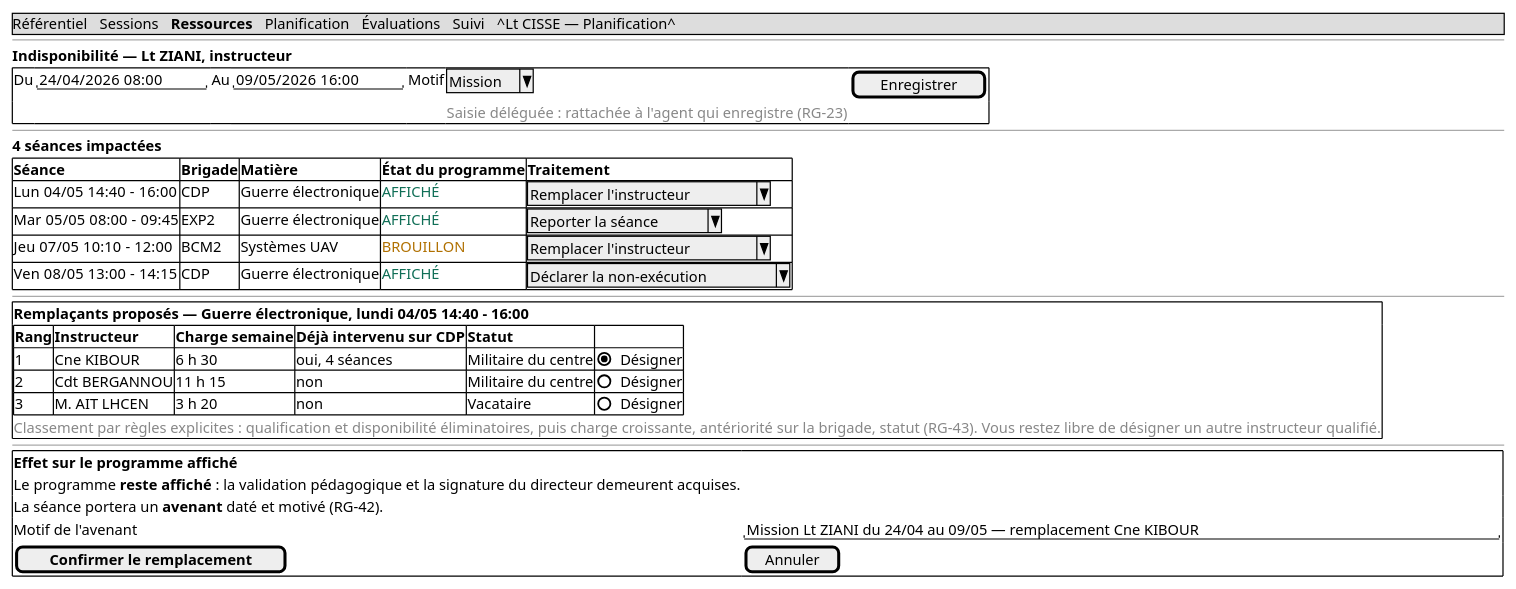
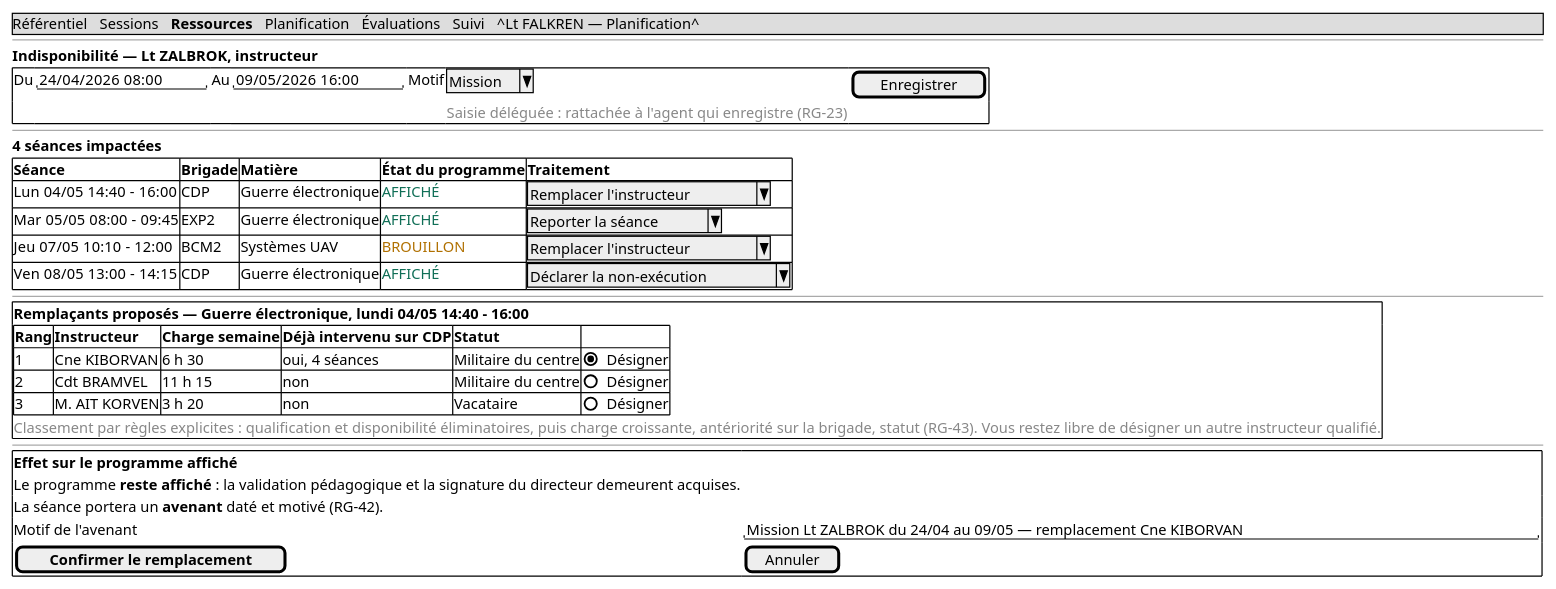
The fourth of 5 diagrams in docs/conception/16-maquettes.md (Cissemamoudou10/projet-cit), drawn with PlantUML before and after one commit. The commit also changed other lines of this file and 13 other files, not shown here.

````diff
--- a/docs/conception/16-maquettes.md
+++ b/docs/conception/16-maquettes.md
@@ -232,41 +232,41 @@
 ```plantuml
 @startsalt MAQ-04
 {
-{* Référentiel | Sessions | <b>Ressources</b> | Planification | Évaluations | Suivi | ^Lt CISSE — Planification^ }
+{* Référentiel | Sessions | <b>Ressources</b> | Planification | Évaluations | Suivi | ^Lt FALKREN — Planification^ }
 --
-<b>Indisponibilité — Lt ZIANI, instructeur</b>
+<b>Indisponibilité — Lt ZALBROK, instructeur</b>
 {+
   Du | "24/04/2026  08:00" | Au | "09/05/2026  16:00" | Motif | ^Mission^ | [ Enregistrer ]
   . | . | . | . | . | <color:#888>Saisie déléguée : rattachée à l'agent qui enregistre (RG-23)</color> | .
 }
 --
 <b>4 séances impactées</b>
 {#
  <b>Séance</b> | <b>Brigade</b> | <b>Matière</b> | <b>État du programme</b> | <b>Traitement</b>
  Lun 04/05  14:40 - 16:00 | CDP  | Guerre électronique | <color:#0F6E56>AFFICHÉ</color> | ^Remplacer l'instructeur^
  Mar 05/05  08:00 - 09:45 | EXP2 | Guerre électronique | <color:#0F6E56>AFFICHÉ</color> | ^Reporter la séance^
  Jeu 07/05  10:10 - 12:00 | BCM2 | Systèmes UAV | <color:#B07000>BROUILLON</color> | ^Remplacer l'instructeur^
  Ven 08/05  13:00 - 14:15 | CDP  | Guerre électronique | <color:#0F6E56>AFFICHÉ</color> | ^Déclarer la non-exécution^
 }
 --
 {+
   <b>Remplaçants proposés — Guerre électronique, lundi 04/05 14:40 - 16:00</b>
   {#
    <b>Rang</b> | <b>Instructeur</b> | <b>Charge semaine</b> | <b>Déjà intervenu sur CDP</b> | <b>Statut</b> | .
-   1 | Cne KIBOUR    | 6 h 30  | oui, 4 séances | Militaire du centre | (X) Désigner
-   2 | Cdt BERGANNOU | 11 h 15 | non            | Militaire du centre | ( ) Désigner
-   3 | M. AIT LHCEN  | 3 h 20  | non            | Vacataire           | ( ) Désigner
+   1 | Cne KIBORVAN    | 6 h 30  | oui, 4 séances | Militaire du centre | (X) Désigner
+   2 | Cdt BRAMVEL | 11 h 15 | non            | Militaire du centre | ( ) Désigner
+   3 | M. AIT KORVEN  | 3 h 20  | non            | Vacataire           | ( ) Désigner
   }
   <color:#888>Classement par règles explicites : qualification et disponibilité éliminatoires, puis charge croissante, antériorité sur la brigade, statut (RG-43). Vous restez libre de désigner un autre instructeur qualifié.</color>
 }
 --
 {+
   <b>Effet sur le programme affiché</b>
   Le programme <b>reste affiché</b> : la validation pédagogique et la signature du directeur demeurent acquises.
   La séance portera un <b>avenant</b> daté et motivé (RG-42).
-  Motif de l'avenant | "Mission Lt ZIANI du 24/04 au 09/05 — remplacement Cne KIBOUR                 "
+  Motif de l'avenant | "Mission Lt ZALBROK du 24/04 au 09/05 — remplacement Cne KIBORVAN                 "
   [ <b>Confirmer le remplacement</b> ] | [ Annuler ]
 }
 }
 @endsalt
 ```
````
